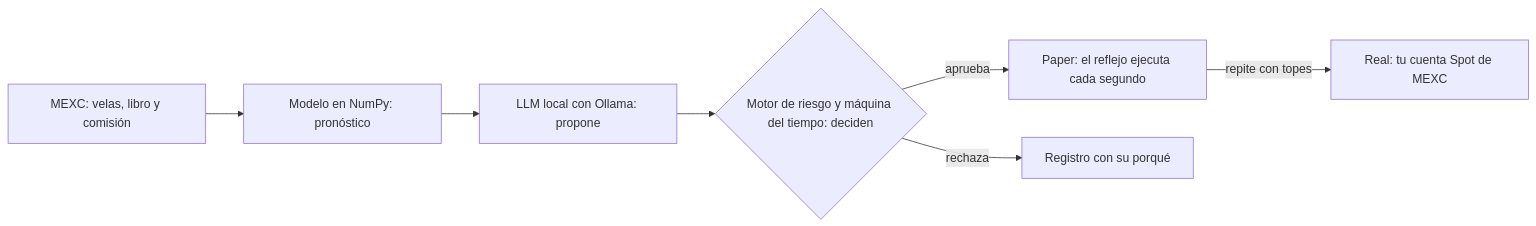
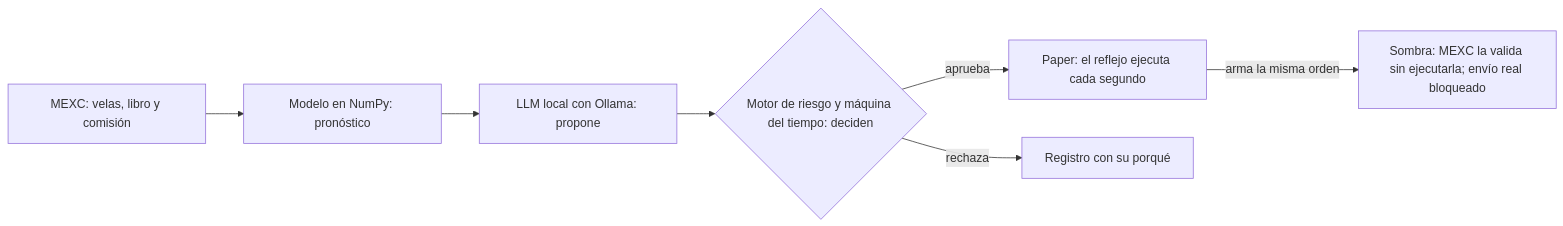
One commit to ianalexga15-hash/astrolabio changed the diagram in README.md. Above: the diagram before and after it, drawn with Mermaid. The commit also changed other lines of this file and 16 other files, not shown here.

````diff
--- a/README.md
+++ b/README.md
@@ -19,9 +20,9 @@
 ```mermaid
 flowchart LR
     A["MEXC: velas, libro y comisión"] --> B["Modelo en NumPy: pronóstico"]
     B --> C["LLM local con Ollama: propone"]
     C --> D{"Motor de riesgo y máquina del tiempo: deciden"}
     D -- "aprueba" --> E["Paper: el reflejo ejecuta cada segundo"]
-    E -- "repite con topes" --> F["Real: tu cuenta Spot de MEXC"]
+    E -- "arma la misma orden" --> F["Sombra: MEXC la valida sin ejecutarla; envío real bloqueado"]
     D -- "rechaza" --> G["Registro con su porqué"]
 ```
````
